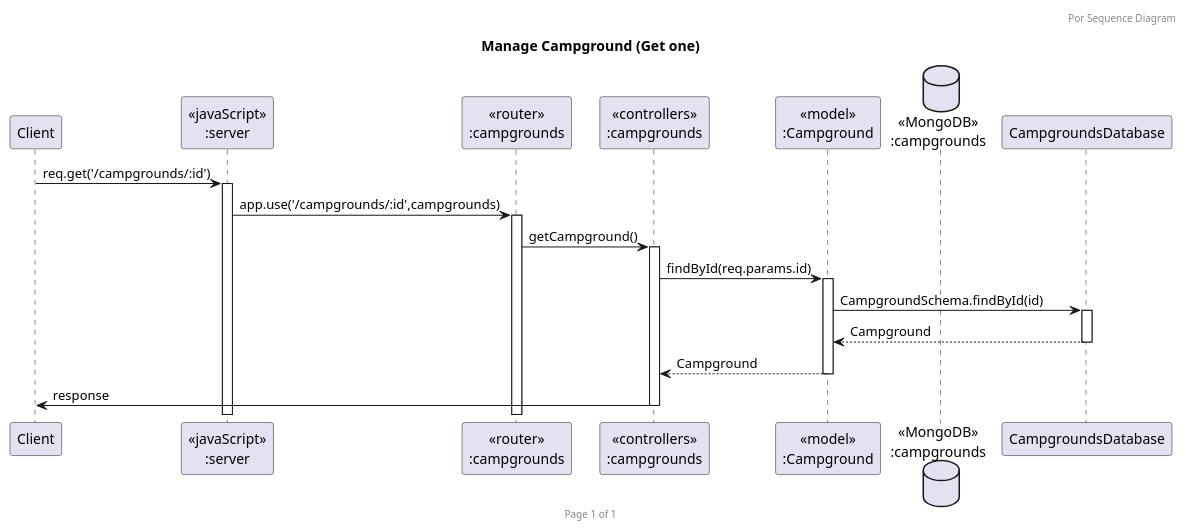
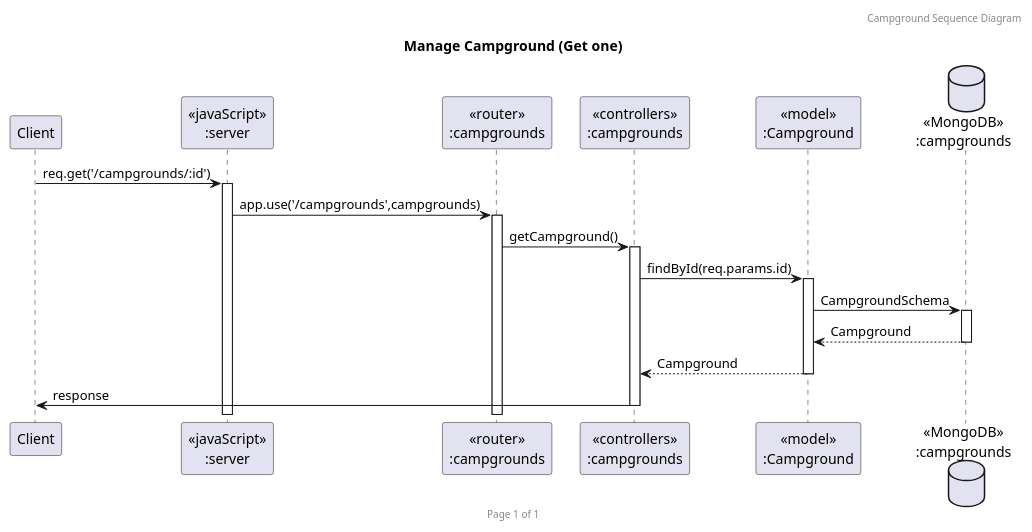
The diagram in puml/sequence_diagram/campgrounds/getone-campground.puml (2110503TACEDT66/presentation-day-1-por), drawn with PlantUML before and after one commit. The commit also changed 11 other files, not shown here.

```diff
--- a/puml/sequence_diagram/campgrounds/getone-campground.puml
+++ b/puml/sequence_diagram/campgrounds/getone-campground.puml
@@ -1,23 +1,23 @@
 @startuml getone-campground
 
-header Por Sequence Diagram
+header Campground Sequence Diagram
 footer Page %page% of %lastpage%
 title "Manage Campground (Get one)"
 
 participant "Client" as client
 participant "<<javaScript>>\n:server" as server
 participant "<<router>>\n:campgrounds" as routerCampgrounds
 participant "<<controllers>>\n:campgrounds" as controllersCampgrounds
 participant "<<model>>\n:Campground" as modelCampground
-database "<<MongoDB>>\n:campgrounds" as CampgroundDatabase
+database "<<MongoDB>>\n:campgrounds" as CampgroundsDatabase
 
 client->server ++:req.get('/campgrounds/:id')
-server->routerCampgrounds ++:app.use('/campgrounds/:id',campgrounds)
+server->routerCampgrounds ++:app.use('/campgrounds',campgrounds)
 routerCampgrounds -> controllersCampgrounds ++:getCampground()
 controllersCampgrounds->modelCampground ++:findById(req.params.id) 
-modelCampground ->CampgroundsDatabase ++: CampgroundSchema.findById(id)
+modelCampground ->CampgroundsDatabase ++: CampgroundSchema
 CampgroundsDatabase --> modelCampground --: Campground
 controllersCampgrounds <-- modelCampground --: Campground
 controllersCampgrounds->client --:response
 
 @enduml
```
